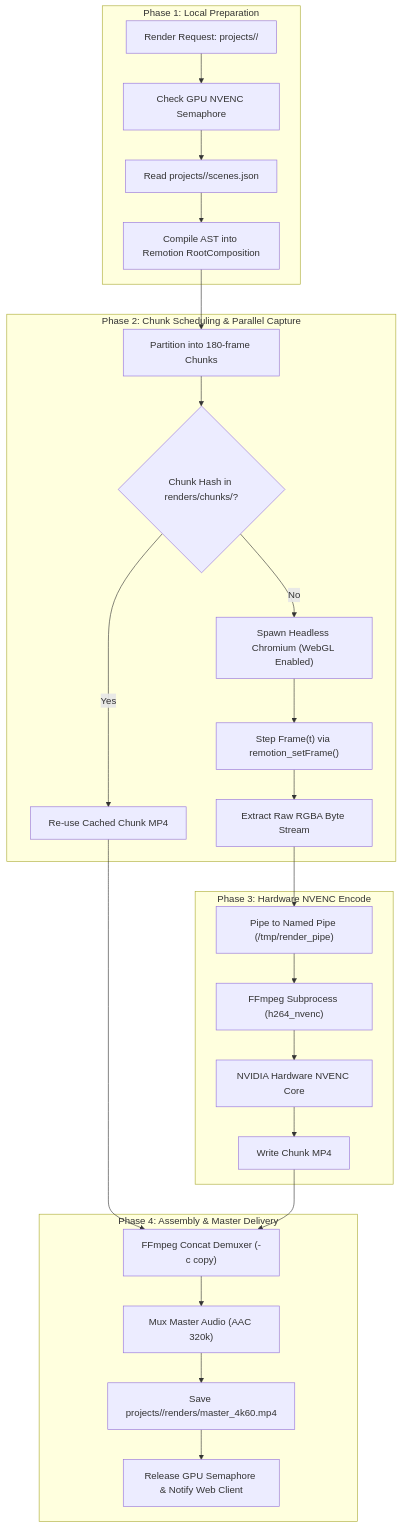
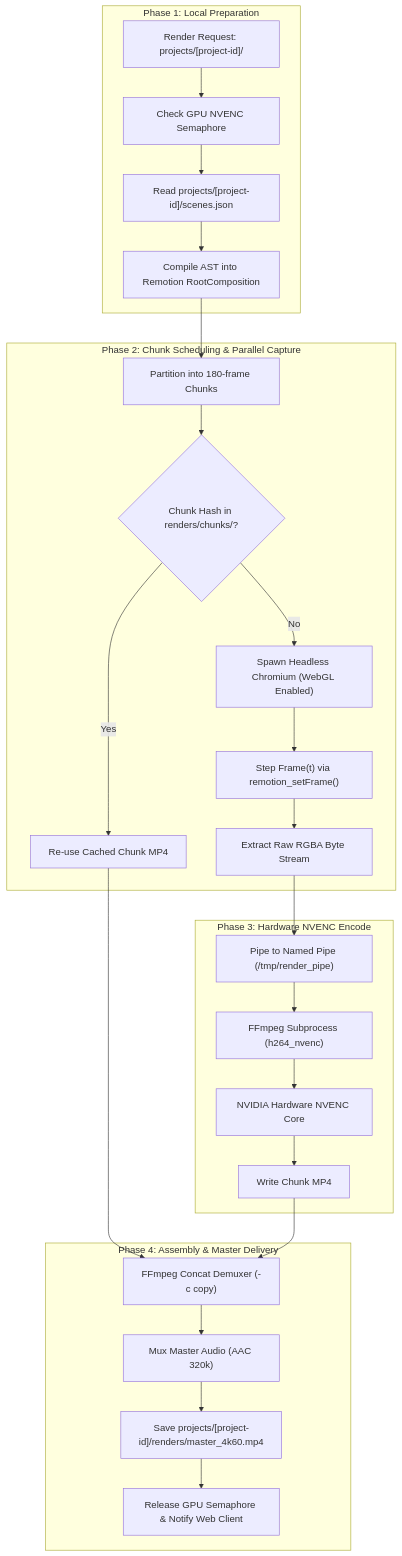
The diagram in docs/architecture/RENDERING_PIPELINE.md (hoanglong2206/Video-Tool), drawn with Mermaid before and after one commit. The commit also changed 8 other files, not shown here.

First line of the commit message:
fix(docs): fix Mermaid diagram syntax errors and unescaped tags

````diff
--- a/docs/architecture/RENDERING_PIPELINE.md
+++ b/docs/architecture/RENDERING_PIPELINE.md
@@ -25,31 +25,31 @@
 ```mermaid
 flowchart TD
-    subgraph "Phase 1: Local Preparation"
-        Job["Render Request: projects/<id>/"] --> Lock["Check GPU NVENC Semaphore"]
-        Lock --> Read["Read projects/<id>/scenes.json"]
+    subgraph Phase1 ["Phase 1: Local Preparation"]
+        Job["Render Request: projects/[project-id]/"] --> Lock["Check GPU NVENC Semaphore"]
+        Lock --> Read["Read projects/[project-id]/scenes.json"]
         Read --> Compile["Compile AST into Remotion RootComposition"]
     end
 
-    subgraph "Phase 2: Chunk Scheduling & Parallel Capture"
+    subgraph Phase2 ["Phase 2: Chunk Scheduling & Parallel Capture"]
         Compile --> Chunks["Partition into 180-frame Chunks"]
         Chunks --> CacheCheck{"Chunk Hash in renders/chunks/?"}
         CacheCheck -- Yes --> StreamCopy["Re-use Cached Chunk MP4"]
         CacheCheck -- No --> LaunchChrome["Spawn Headless Chromium (WebGL Enabled)"]
         LaunchChrome --> StepFrame["Step Frame(t) via remotion_setFrame()"]
         StepFrame --> GrabRGBA["Extract Raw RGBA Byte Stream"]
     end
 
-    subgraph "Phase 3: Hardware NVENC Encode"
+    subgraph Phase3 ["Phase 3: Hardware NVENC Encode"]
         GrabRGBA --> NamedPipe["Pipe to Named Pipe (/tmp/render_pipe)"]
         NamedPipe --> FFmpeg["FFmpeg Subprocess (h264_nvenc)"]
         FFmpeg --> NVENC["NVIDIA Hardware NVENC Core"]
         NVENC --> RawChunk["Write Chunk MP4"]
     end
 
-    subgraph "Phase 4: Assembly & Master Delivery"
+    subgraph Phase4 ["Phase 4: Assembly & Master Delivery"]
         StreamCopy & RawChunk --> Concat["FFmpeg Concat Demuxer (-c copy)"]
         Concat --> AudioMux["Mux Master Audio (AAC 320k)"]
-        AudioMux --> FinalMaster["Save projects/<id>/renders/master_4k60.mp4"]
+        AudioMux --> FinalMaster["Save projects/[project-id]/renders/master_4k60.mp4"]
         FinalMaster --> Release["Release GPU Semaphore & Notify Web Client"]
     end
 ```
````
